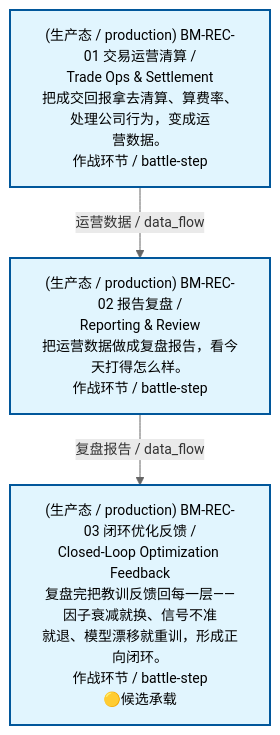
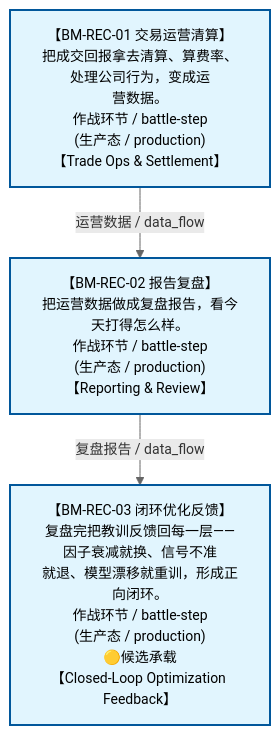
The diagram in docs/02_enterprise_architecture/07_trading_decision_architecture/battle_map/battle_map_06_reconciliation.md (xuanFelixVan/ZephyrAlpha), drawn with Mermaid before and after one commit. The commit also changed other lines of this file and 16 other files, not shown here.

````diff
--- a/docs/02_enterprise_architecture/07_trading_decision_architecture/battle_map/battle_map_06_reconciliation.md
+++ b/docs/02_enterprise_architecture/07_trading_decision_architecture/battle_map/battle_map_06_reconciliation.md
@@ -38,16 +38,16 @@
 ```mermaid
 %%{init: {'theme': 'base', 'themeVariables': {'primaryColor': '#eaeaea', 'primaryTextColor': '#333333', 'primaryBorderColor': '#666666', 'lineColor': '#666666', 'secondaryColor': '#eaeaea', 'tertiaryColor': '#eaeaea', 'clusterBkg': 'transparent', 'clusterBorder': 'transparent', 'fontSize': '14px'}}}%%
 %% 对账阶段图
 flowchart TD
-    BM_REC_01["(生产态 / production) BM-REC-01 交易运营清算 /<br/>Trade Ops &amp; Settlement<br/>把成交回报拿去清算、算费率、处理公司行为，变成运<br/>营数据。<br/>作战环节 / battle-step"]
-    BM_REC_02["(生产态 / production) BM-REC-02 报告复盘 /<br/>Reporting &amp; Review<br/>把运营数据做成复盘报告，看今天打得怎么样。<br/>作战环节 / battle-step"]
-    BM_REC_03["(生产态 / production) BM-REC-03 闭环优化反馈 /<br/>Closed-Loop Optimization Feedback<br/>复盘完把教训反馈回每一层——因子衰减就换、信号不准<br/>就退、模型漂移就重训，形成正向闭环。<br/>作战环节 / battle-step<br/>🟡候选承载"]
+    BM_REC_01["【BM-REC-01 交易运营清算】<br/>把成交回报拿去清算、算费率、处理公司行为，变成运<br/>营数据。<br/>作战环节 / battle-step<br/>(生产态 / production)<br/>【Trade Ops &amp; Settlement】"]
+    BM_REC_02["【BM-REC-02 报告复盘】<br/>把运营数据做成复盘报告，看今天打得怎么样。<br/>作战环节 / battle-step<br/>(生产态 / production)<br/>【Reporting &amp; Review】"]
+    BM_REC_03["【BM-REC-03 闭环优化反馈】<br/>复盘完把教训反馈回每一层——因子衰减就换、信号不准<br/>就退、模型漂移就重训，形成正向闭环。<br/>作战环节 / battle-step<br/>(生产态 / production)<br/>🟡候选承载<br/>【Closed-Loop Optimization Feedback】"]
     BM_REC_01 -->|运营数据 / data_flow| BM_REC_02
     BM_REC_02 -->|复盘报告 / data_flow| BM_REC_03
 classDef production fill:#e1f5fe,stroke:#01579b,stroke-width:2px,color:#000
 classDef design fill:#fff3e0,stroke:#e65100,stroke-width:2px,color:#000,stroke-dasharray: 5 5
 classDef deprecated fill:#ffebee,stroke:#c62828,stroke-width:2px,color:#000
 classDef missing fill:#eeeeee,stroke:#9e9e9e,stroke-width:2px,color:#000
 classDef candidate fill:#fffde7,stroke:#f9a825,stroke-width:2px,color:#000,stroke-dasharray: 5 5
     class BM_REC_01,BM_REC_02,BM_REC_03 production
 ```
````
